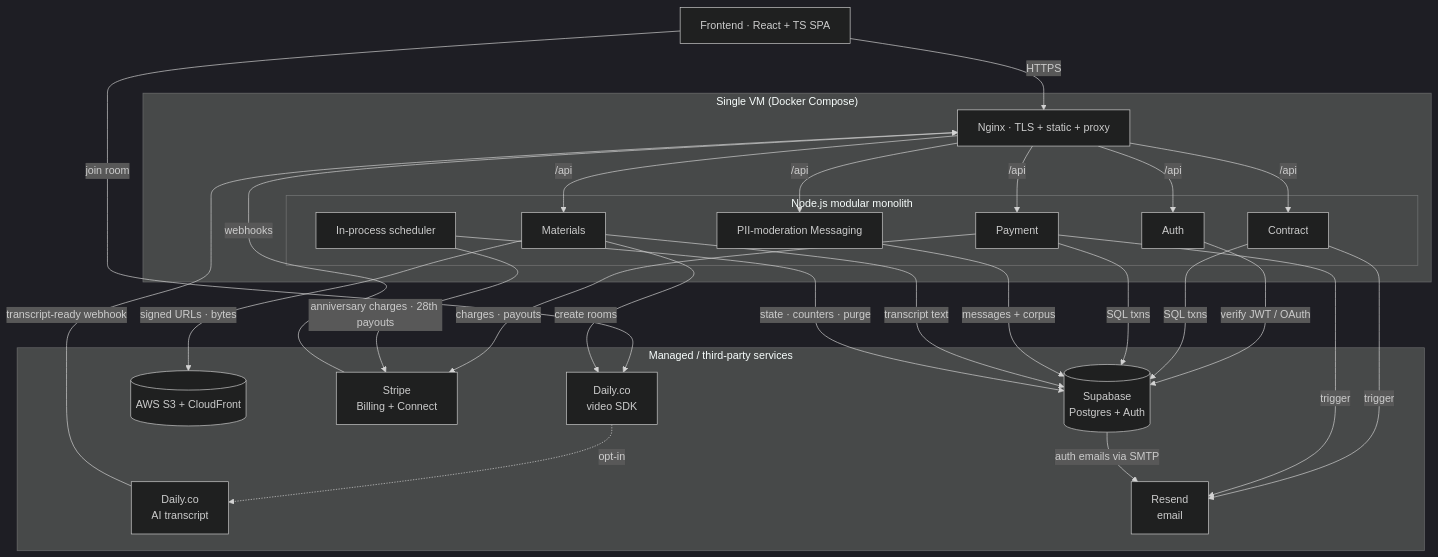
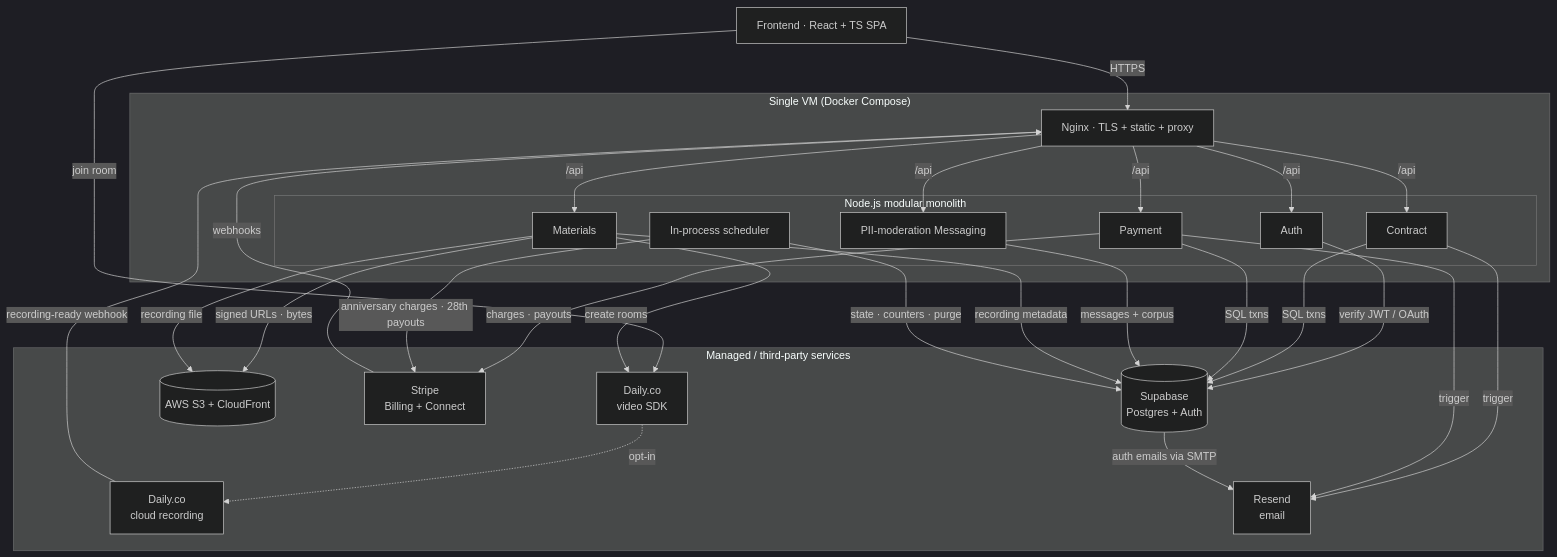
The first of 2 diagrams in nisbah-learning-design-doc.md (Vishnu373/nisbah-learning), drawn with Mermaid (dark theme) before and after one commit. The commit also changed other lines of this file, not shown here.

````diff
--- a/nisbah-learning-design-doc.md
+++ b/nisbah-learning-design-doc.md
@@ -120,47 +116,48 @@
 ```mermaid
 graph TD
     Browser[Frontend · React + TS SPA]
 
     subgraph VM["Single VM (Docker Compose)"]
         Nginx[Nginx · TLS + static + proxy]
         subgraph App["Node.js modular monolith"]
             Auth[Auth]
             Contracts[Contract]
             Payments[Payment]
             Messaging[PII-moderation Messaging]
             Media[Materials]
             Scheduler[In-process scheduler]
         end
     end
 
     subgraph Ext["Managed / third-party services"]
         Supabase[(Supabase<br/>Postgres + Auth)]
         ObjStore[(AWS S3 + CloudFront)]
         Stripe[Stripe<br/>Billing + Connect]
         Video[Daily.co<br/>video SDK]
-        Transcript[Daily.co<br/>AI transcript]
+        Recording[Daily.co<br/>cloud recording]
         Email[Resend<br/>email]
     end
 
     Browser -->|HTTPS| Nginx
     Nginx -->|/api| Auth & Contracts & Payments & Messaging & Media
     Browser -->|join room| Video
     Stripe -->|webhooks| Nginx
-    Transcript -->|transcript-ready webhook| Nginx
+    Recording -->|recording-ready webhook| Nginx
 
     Auth -->|verify JWT / OAuth| Supabase
     Contracts -->|SQL txns| Supabase
     Payments -->|SQL txns| Supabase
     Payments -->|charges · payouts| Stripe
     Messaging -->|messages + corpus| Supabase
     Media -->|signed URLs · bytes| ObjStore
     Media -->|create rooms| Video
-    Video -.->|opt-in| Transcript
-    Media -->|transcript text| Supabase
+    Video -.->|opt-in| Recording
+    Media -->|recording file| ObjStore
+    Media -->|recording metadata| Supabase
 
     Scheduler -->|anniversary charges · 28th payouts| Stripe
     Scheduler -->|state · counters · purge| Supabase
     Contracts -->|trigger| Email
     Payments -->|trigger| Email
     Supabase -->|auth emails via SMTP| Email
 ```
````
